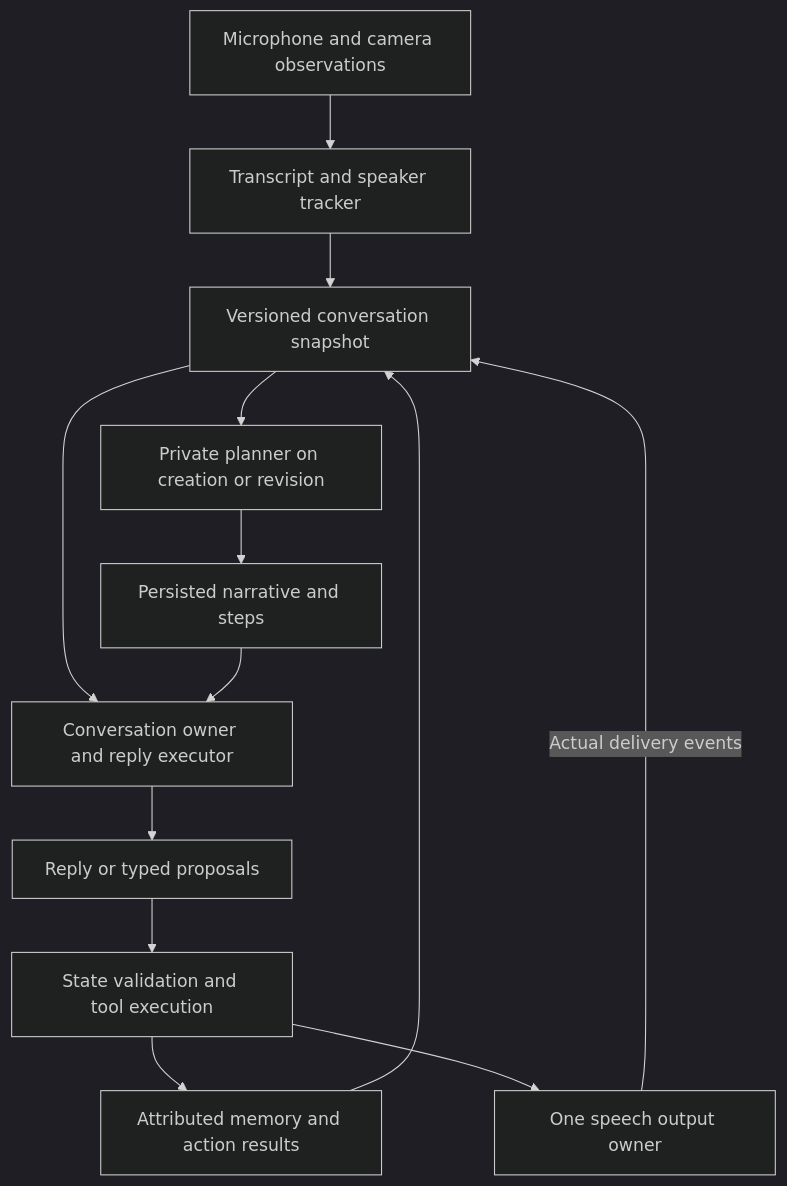
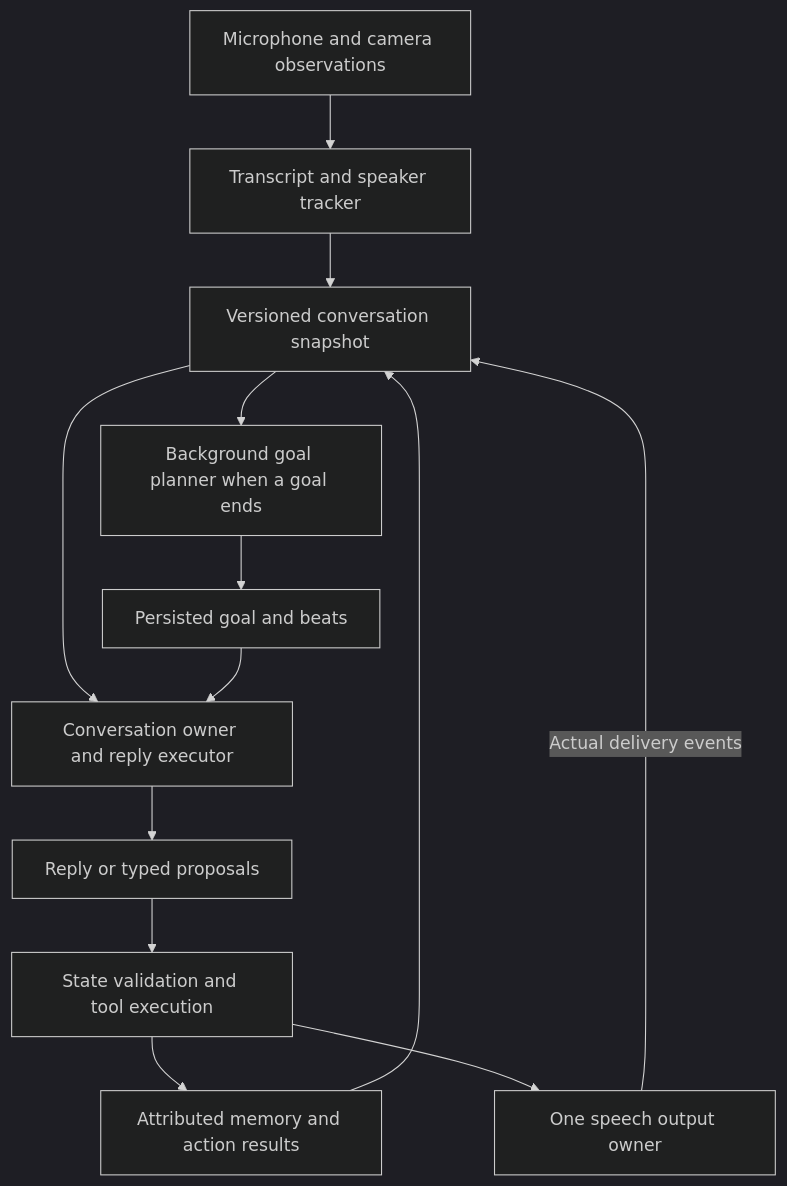
One commit to bretbenz84/djr3x-v3 changed the diagram in DESIGN.md. Above: the diagram before and after it, drawn with Mermaid (dark theme). The commit also changed other lines of this file and 26 other files, not shown here.

````diff
--- a/DESIGN.md
+++ b/DESIGN.md
@@ -73,15 +73,15 @@
 ```mermaid
 flowchart TD
     A[Microphone and camera observations] --> B[Transcript and speaker tracker]
     B --> C[Versioned conversation snapshot]
     C --> D[Conversation owner and reply executor]
-    C --> P[Private planner on creation or revision]
-    P --> M[Persisted narrative and steps]
+    C --> P[Background goal planner when a goal ends]
+    P --> M[Persisted goal and beats]
     M --> D
     D --> E[Reply or typed proposals]
     E --> F[State validation and tool execution]
     F --> G[Attributed memory and action results]
     F --> H[One speech output owner]
     G --> C
     H -->|Actual delivery events| C
 ```
````
